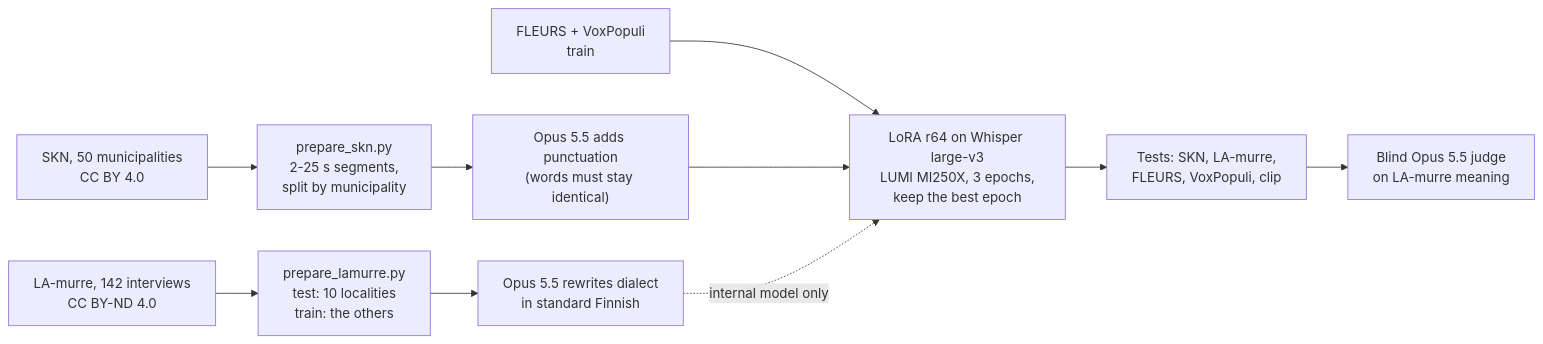
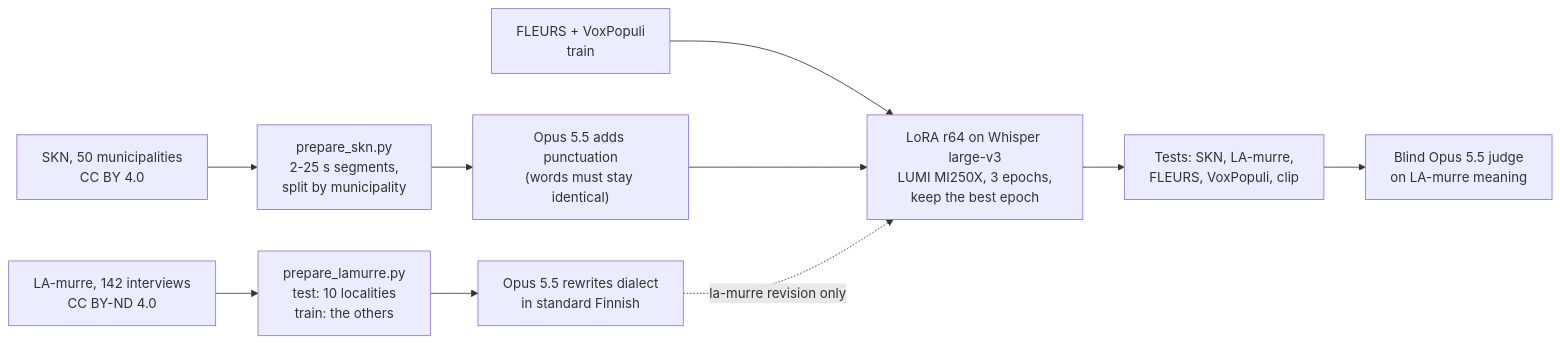
The diagram in README.md (GAIK-project/finnish-asr), drawn with Mermaid before and after one commit. The commit also changed other lines of this file and 37 other files, not shown here.

First line of the commit message:
la-murre: publish the model trained with LA-murre as a revision of the Hugging Face model

````diff
--- a/README.md
+++ b/README.md
@@ -614,12 +625,12 @@
 ```mermaid
 flowchart LR
   SKN["SKN, 50 municipalities<br/>CC BY 4.0"] --> CUT["prepare_skn.py<br/>2-25 s segments,<br/>split by municipality"]
   LA["LA-murre, 142 interviews<br/>CC BY-ND 4.0"] --> CUTL["prepare_lamurre.py<br/>test: 10 localities<br/>train: the others"]
   CUT --> P["Opus 5.5 adds punctuation<br/>(words must stay identical)"]
   CUTL --> N["Opus 5.5 rewrites dialect<br/>in standard Finnish"]
   OPEN["FLEURS + VoxPopuli<br/>train"] --> FT
   P --> FT["LoRA r64 on Whisper large-v3<br/>LUMI MI250X, 3 epochs,<br/>keep the best epoch"]
-  N -.internal model only.-> FT
+  N -.la-murre revision only.-> FT
   FT --> T["Tests: SKN, LA-murre,<br/>FLEURS, VoxPopuli, clip"]
   T --> J["Blind Opus 5.5 judge<br/>on LA-murre meaning"]
 ```
````
